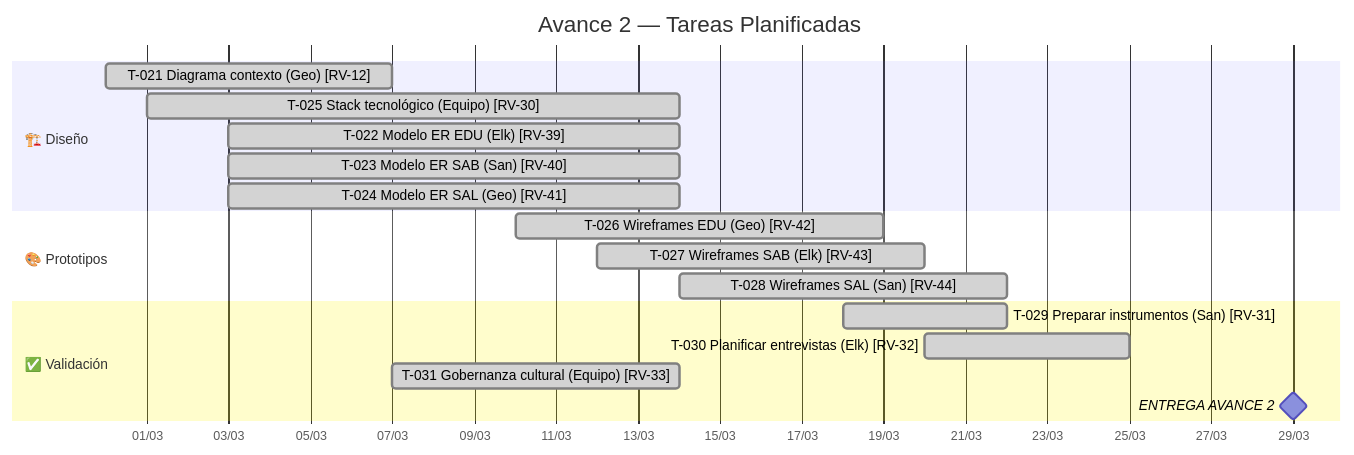
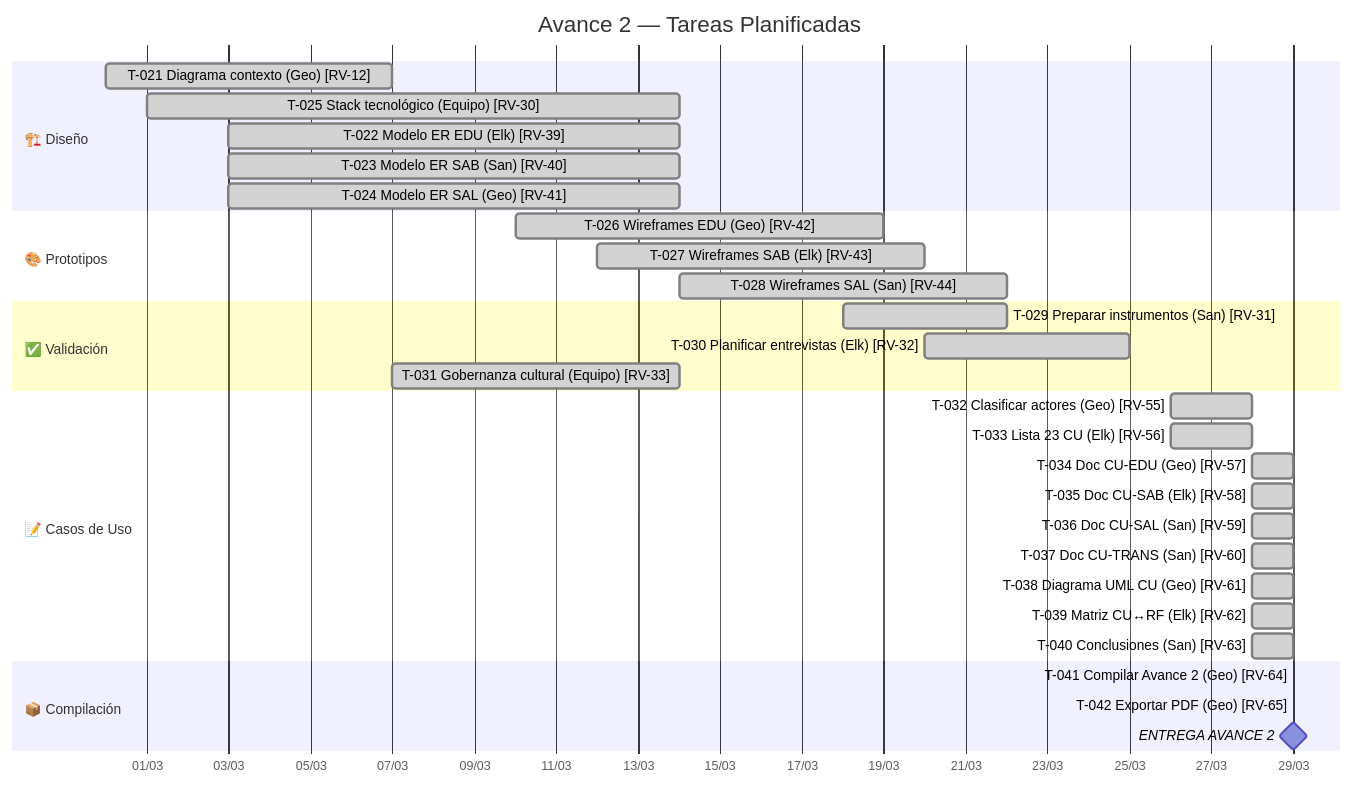
The third of 4 diagrams in 00-Dashboard/Roadmap.md (yonrasgg/RAICES_VIVAS), drawn with Mermaid before and after one commit. The commit also changed other lines of this file and 15 other files, not shown here.

````diff
--- a/00-Dashboard/Roadmap.md
+++ b/00-Dashboard/Roadmap.md
@@ -93,25 +94,40 @@
 ```mermaid
 gantt
     title Avance 2 — Tareas Planificadas
     dateFormat YYYY-MM-DD
     axisFormat %d/%m
     todayMarker stroke-width:3px,stroke:#f66,opacity:0.8
 
     section 🏗️ Diseño
     T-021 Diagrama contexto (Geo) [RV-12]  :done,   t21, 2026-02-28, 2026-03-07
     T-025 Stack tecnológico (Equipo) [RV-30]:done,  t25, 2026-03-01, 2026-03-14
     T-022 Modelo ER EDU (Elk) [RV-39]      :done,   t22, 2026-03-03, 2026-03-14
     T-023 Modelo ER SAB (San) [RV-40]      :done,   t23, 2026-03-03, 2026-03-14
     T-024 Modelo ER SAL (Geo) [RV-41]      :done,   t24, 2026-03-03, 2026-03-14
 
     section 🎨 Prototipos
     T-026 Wireframes EDU (Geo) [RV-42]     :done,   p1, 2026-03-10, 2026-03-19
     T-027 Wireframes SAB (Elk) [RV-43]     :done,   p2, 2026-03-12, 2026-03-20
     T-028 Wireframes SAL (San) [RV-44]     :done,   p3, 2026-03-14, 2026-03-22
 
     section ✅ Validación
     T-029 Preparar instrumentos (San) [RV-31]:done,  v1, 2026-03-18, 2026-03-22
     T-030 Planificar entrevistas (Elk) [RV-32]:done, v2, 2026-03-20, 2026-03-25
     T-031 Gobernanza cultural (Equipo) [RV-33]:done, v3, 2026-03-07, 2026-03-14
+
+    section 📝 Casos de Uso
+    T-032 Clasificar actores (Geo) [RV-55]   :done, t32, 2026-03-26, 2026-03-28
+    T-033 Lista 23 CU (Elk) [RV-56]          :done, t33, 2026-03-26, 2026-03-28
+    T-034 Doc CU-EDU (Geo) [RV-57]           :done, t34, 2026-03-28, 2026-03-29
+    T-035 Doc CU-SAB (Elk) [RV-58]           :done, t35, 2026-03-28, 2026-03-29
+    T-036 Doc CU-SAL (San) [RV-59]           :done, t36, 2026-03-28, 2026-03-29
+    T-037 Doc CU-TRANS (San) [RV-60]         :done, t37, 2026-03-28, 2026-03-29
+    T-038 Diagrama UML CU (Geo) [RV-61]     :done, t38, 2026-03-28, 2026-03-29
+    T-039 Matriz CU↔RF (Elk) [RV-62]        :done, t39, 2026-03-28, 2026-03-29
+    T-040 Conclusiones (San) [RV-63]         :done, t40, 2026-03-28, 2026-03-29
+
+    section 📦 Compilación
+    T-041 Compilar Avance 2 (Geo) [RV-64]   :done, t41, 2026-03-29, 2026-03-29
+    T-042 Exportar PDF (Geo) [RV-65]         :done, t42, 2026-03-29, 2026-03-29
     ENTREGA AVANCE 2                   :milestone, m2, 2026-03-29, 0d
 ```
````
